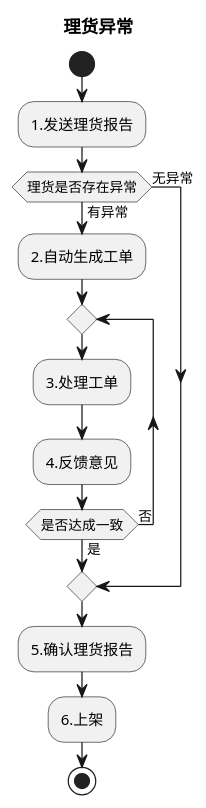
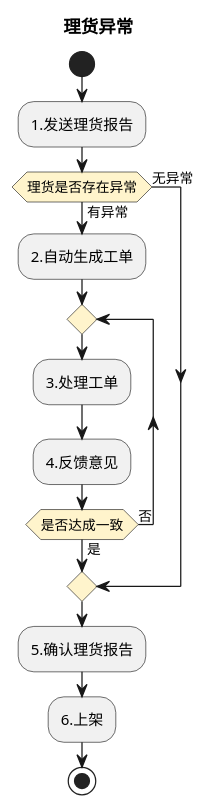
The fourth of 7 diagrams in product-caliber/goldjet/segmented-prd/mainflow/PRD.高捷物流系统一期.主流程.09.异常处理流程.md (jack888332/projects-doc), drawn with PlantUML before and after one commit. The commit also changed other lines of this file and 20 other files, not shown here.

Commit message:
优化流程表对应的DLS图

````diff
--- a/product-caliber/goldjet/segmented-prd/mainflow/PRD.高捷物流系统一期.主流程.09.异常处理流程.md
+++ b/product-caliber/goldjet/segmented-prd/mainflow/PRD.高捷物流系统一期.主流程.09.异常处理流程.md
@@ -61,18 +84,19 @@
 ```plantuml
-@startuml
+@startuml goldjet-mainflow-09-9648187c-02
+skinparam activityDiamondBackgroundColor #FFF4CC
 title 理货异常
 start
 :1.发送理货报告;
 if (理货是否存在异常) then (有异常)
   :2.自动生成工单;
   repeat
     :3.处理工单;
     :4.反馈意见;
   repeat while (是否达成一致) is (否) not (是)
 else (无异常)
 endif
 :5.确认理货报告;
 :6.上架;
 stop
 @enduml
 ```
````
